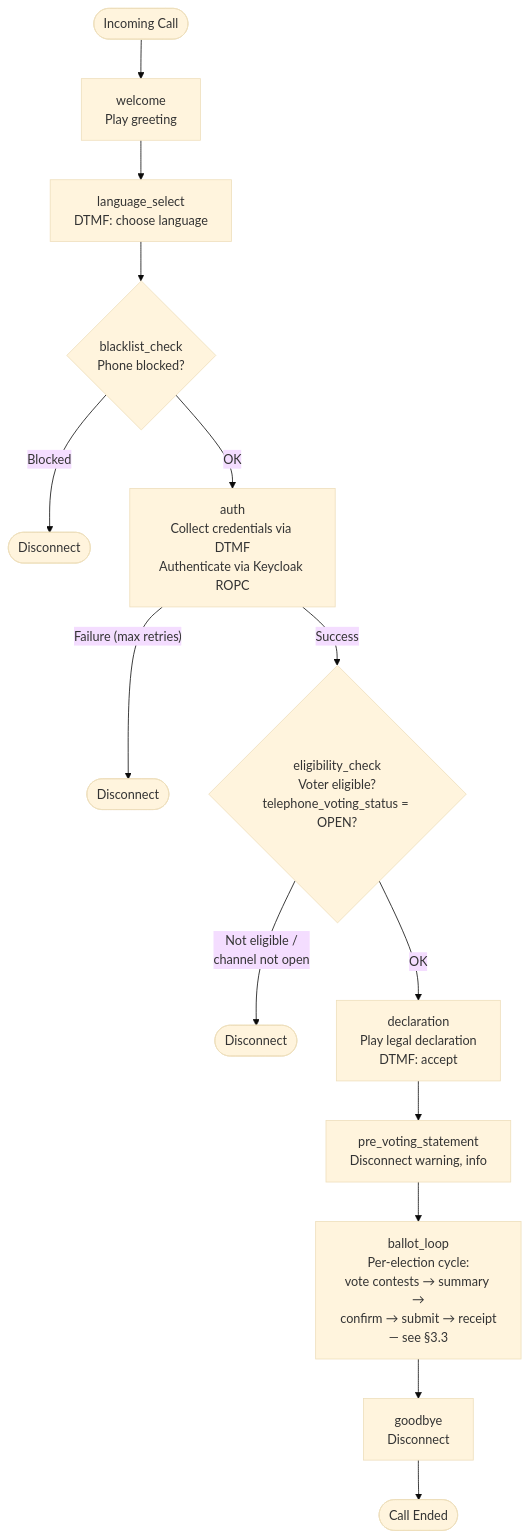
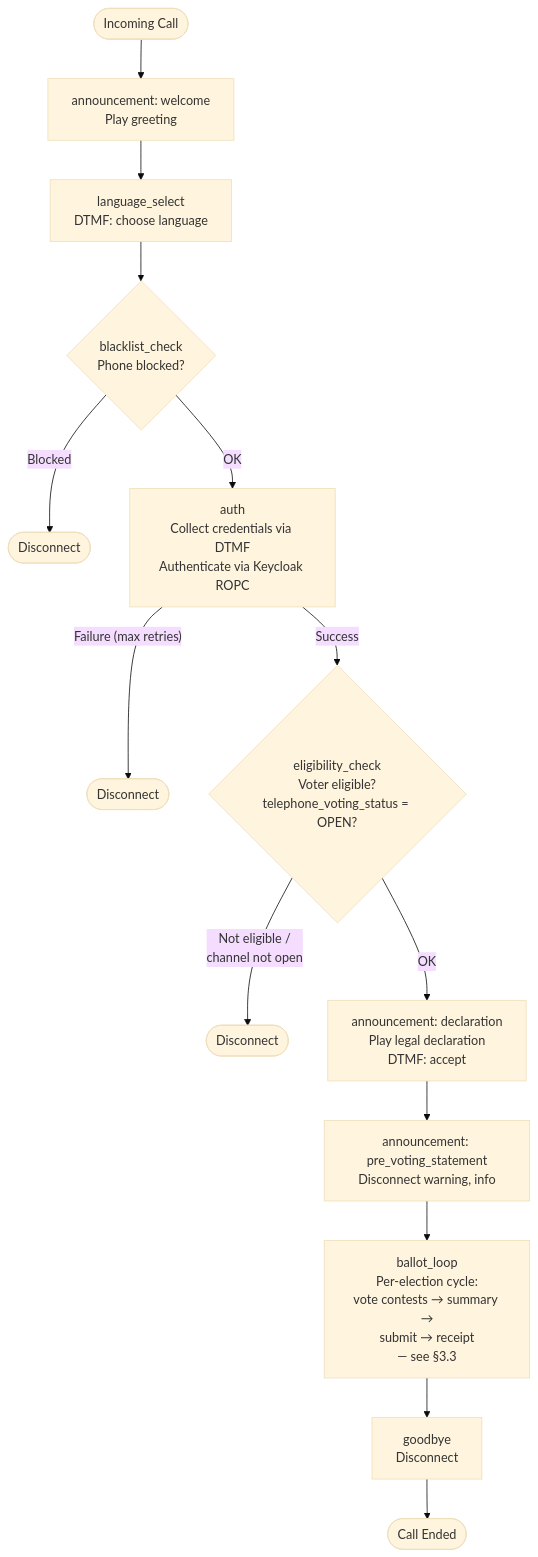
Before and after one commit to sequentech/step: the second of 13 diagrams in docs/docusaurus/docs/07-developers/12-ivr/ivr-system-design.md, drawn with Mermaid (base theme). The commit also changed other lines of this file, not shown here.

````diff
--- a/docs/docusaurus/docs/07-developers/12-ivr/ivr-system-design.md
+++ b/docs/docusaurus/docs/07-developers/12-ivr/ivr-system-design.md
@@ -128,17 +128,17 @@
 ```mermaid
 flowchart TD
-    CALL([Incoming Call]) --> WELCOME[welcome<br/>Play greeting]
+    CALL([Incoming Call]) --> WELCOME[announcement: welcome<br/>Play greeting]
 
     WELCOME --> LANG[language_select<br/>DTMF: choose language]
     LANG --> BLACKLIST{blacklist_check<br/>Phone blocked?}
     BLACKLIST -->|Blocked| BL_END([Disconnect])
     BLACKLIST -->|OK| AUTH[auth<br/>Collect credentials via DTMF<br/>Authenticate via Keycloak ROPC]
     AUTH -->|"Failure (max retries)"| AUTH_END([Disconnect])
     AUTH -->|Success| ELIG{eligibility_check<br/>Voter eligible?<br/>telephone_voting_status = OPEN?}
     ELIG -->|"Not eligible /<br/>channel not open"| ELIG_END([Disconnect])
-    ELIG -->|OK| DECL[declaration<br/>Play legal declaration<br/>DTMF: accept]
-    DECL --> STMT[pre_voting_statement<br/>Disconnect warning, info]
-    STMT --> BALLOT[ballot_loop<br/>Per-election cycle:<br/>vote contests → summary →<br/>confirm → submit → receipt<br/>— see §3.3]
+    ELIG -->|OK| DECL[announcement: declaration<br/>Play legal declaration<br/>DTMF: accept]
+    DECL --> STMT[announcement: pre_voting_statement<br/>Disconnect warning, info]
+    STMT --> BALLOT[ballot_loop<br/>Per-election cycle:<br/>vote contests → summary →<br/>submit → receipt<br/>— see §3.3]
     BALLOT --> GOODBYE[goodbye<br/>Disconnect]
     GOODBYE --> END_OK([Call Ended])
 ```
````
